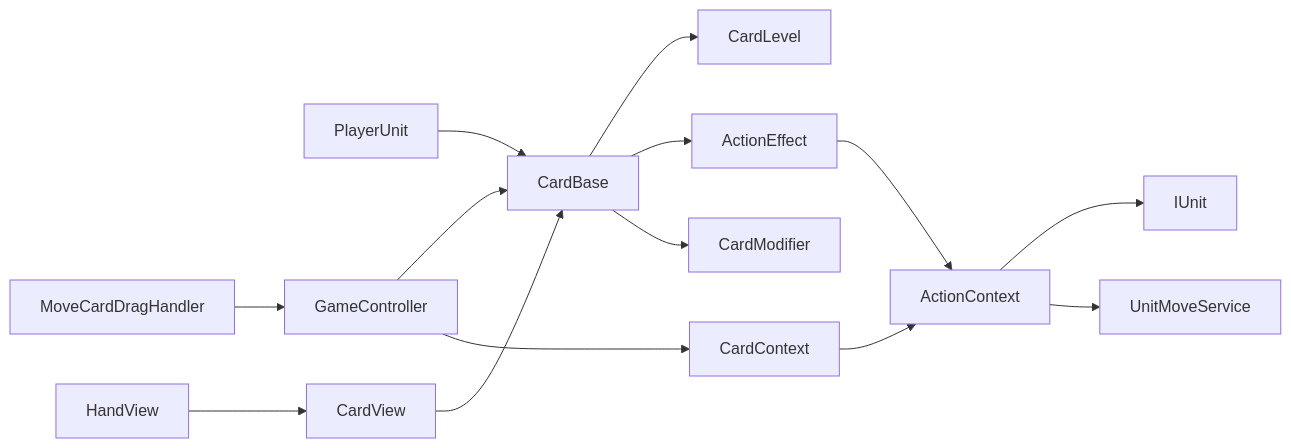
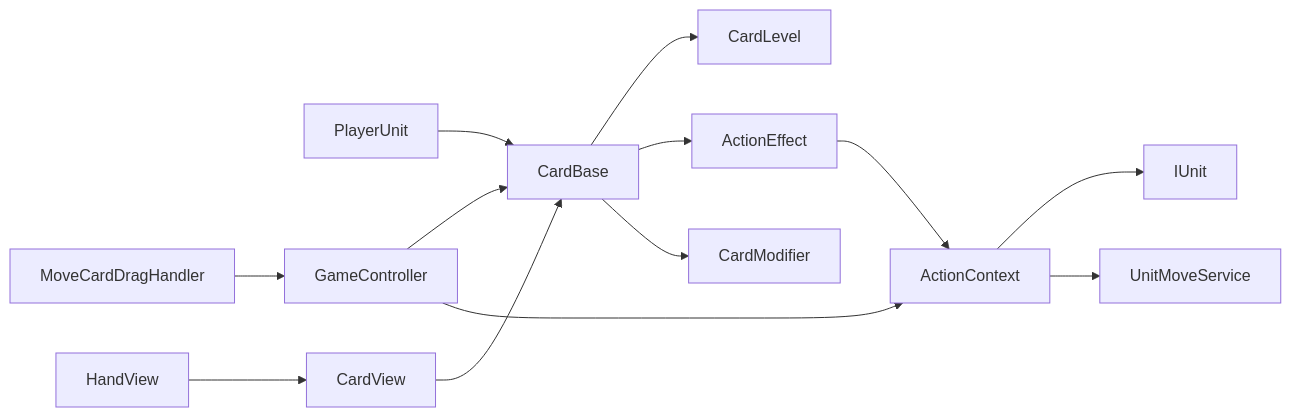
One commit to Yuki-Komatsu1208/TestCardGame changed the diagram in Documents/Architecture/CardArch/README.md. Above: the diagram before and after it, drawn with Mermaid. The commit also changed other lines of this file and 4 other files, not shown here.

Commit message:
Use ActionContext directly for cards

````diff
--- a/Documents/Architecture/CardArch/README.md
+++ b/Documents/Architecture/CardArch/README.md
@@ -34,16 +33,15 @@
 ```mermaid
 flowchart LR
     PlayerUnit --> CardBase
     HandView --> CardView
     CardView --> CardBase
     MoveCardDragHandler --> GameController
     GameController --> CardBase
-    GameController --> CardContext
+    GameController --> ActionContext
     CardBase --> CardLevel
     CardBase --> ActionEffect
     CardBase --> CardModifier
-    CardContext --> ActionContext
     ActionEffect --> ActionContext
     ActionContext --> IUnit
     ActionContext --> UnitMoveService
 ```
````
